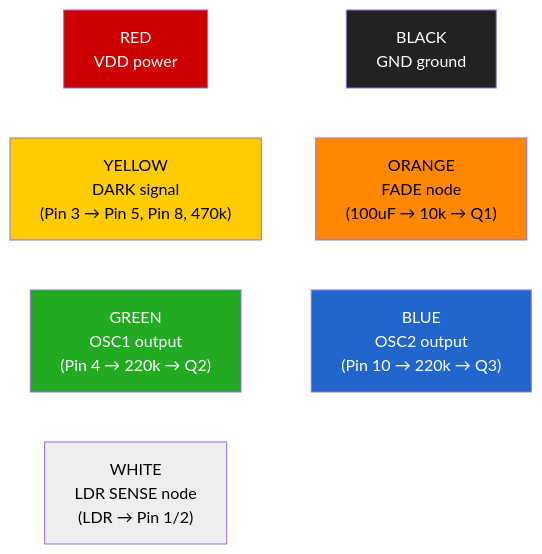
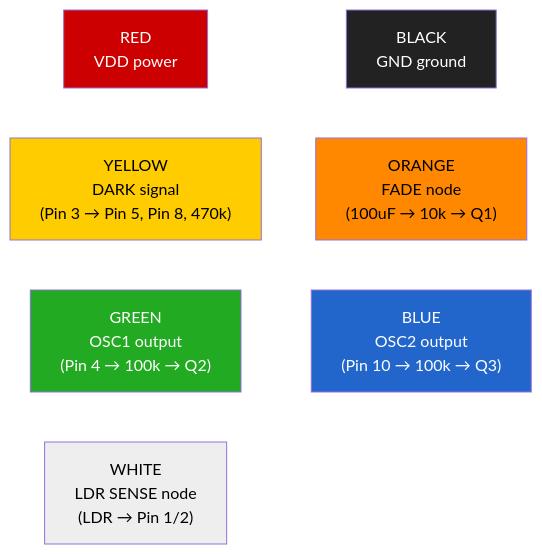
Before and after one commit to dirq/DiamondMineShimmerCircuit: the second of 2 diagrams in breadboard-layout.md, drawn with Mermaid. The commit also changed other lines of this file and 9 other files, not shown here.

````diff
--- a/breadboard-layout.md
+++ b/breadboard-layout.md
@@ -215,15 +221,15 @@
 ```mermaid
 graph LR
     RED["RED<br/>VDD power"] ~~~ BLACK["BLACK<br/>GND ground"]
     YELLOW["YELLOW<br/>DARK signal<br/>(Pin 3 → Pin 5, Pin 8, 470k)"] ~~~ ORANGE["ORANGE<br/>FADE node<br/>(100uF → 10k → Q1)"]
-    GREEN["GREEN<br/>OSC1 output<br/>(Pin 4 → 220k → Q2)"] ~~~ BLUE["BLUE<br/>OSC2 output<br/>(Pin 10 → 220k → Q3)"]
+    GREEN["GREEN<br/>OSC1 output<br/>(Pin 4 → 100k → Q2)"] ~~~ BLUE["BLUE<br/>OSC2 output<br/>(Pin 10 → 100k → Q3)"]
     WHITE["WHITE<br/>LDR SENSE node<br/>(LDR → Pin 1/2)"]
 
     style RED fill:#cc0000,color:#fff
     style BLACK fill:#222222,color:#fff
     style YELLOW fill:#ffcc00,color:#000
     style ORANGE fill:#ff8800,color:#000
     style GREEN fill:#22aa22,color:#fff
     style BLUE fill:#2266cc,color:#fff
     style WHITE fill:#eeeeee,color:#000
 ```
````
